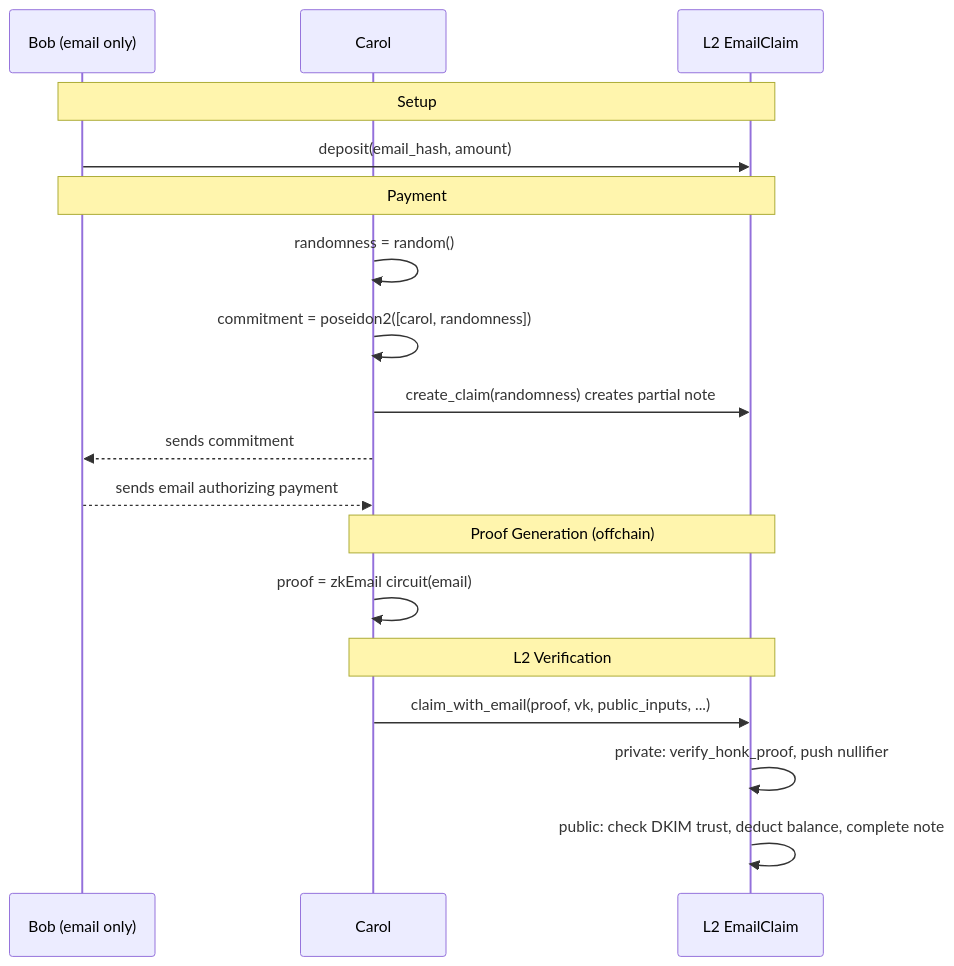
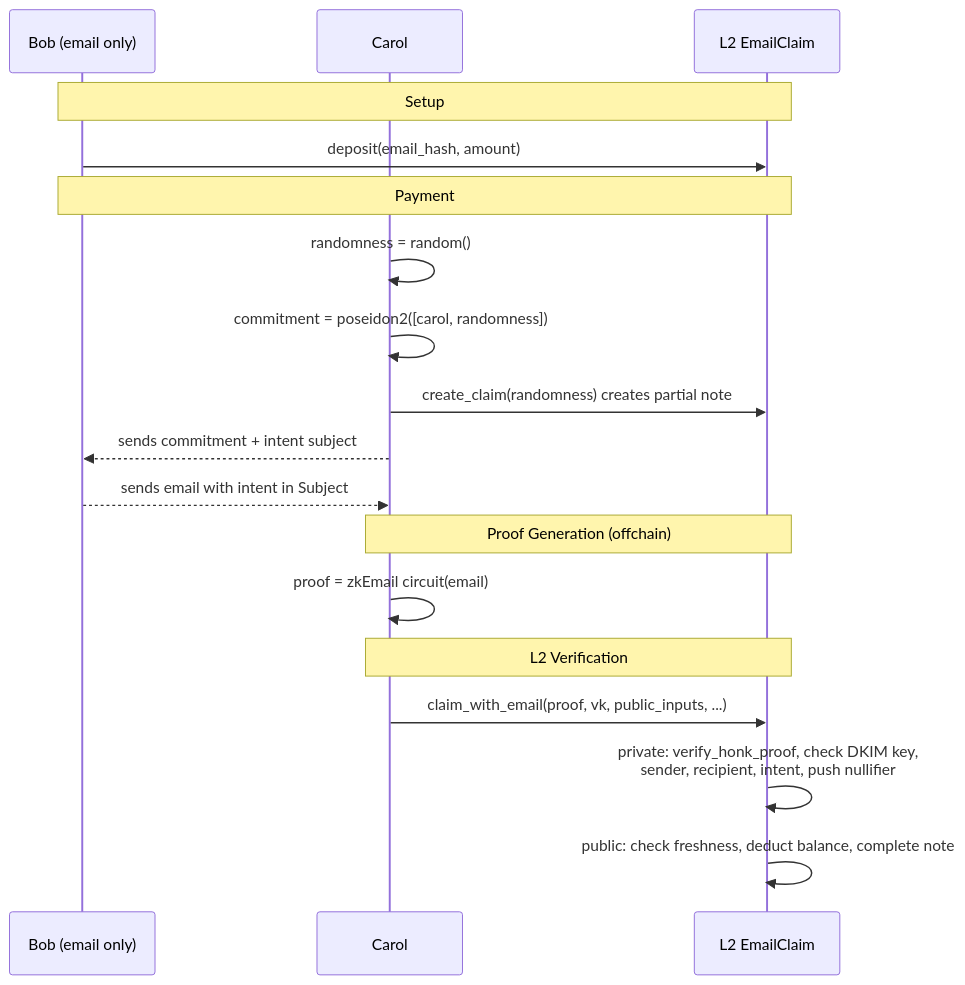
One commit to AztecProtocol/aztec-packages changed the second of 2 diagrams in docs/docs-developers/docs/tutorials/contract_tutorials/offchain_transfer.md. Above: the diagram before and after it, drawn with Mermaid. The commit also changed other lines of this file and 3 other files, not shown here.

First line of the commit message:
feat: expand email verifier circuit and update tutorial for L2-only flow

````diff
--- a/docs/docs-developers/docs/tutorials/contract_tutorials/offchain_transfer.md
+++ b/docs/docs-developers/docs/tutorials/contract_tutorials/offchain_transfer.md
@@ -226,24 +226,24 @@
 ```mermaid
 sequenceDiagram
     participant Bob as Bob (email only)
     participant Carol
     participant L2 as L2 EmailClaim
 
     Note over Bob,L2: Setup
     Bob->>L2: deposit(email_hash, amount)
 
     Note over Bob,L2: Payment
     Carol->>Carol: randomness = random()
     Carol->>Carol: commitment = poseidon2([carol, randomness])
     Carol->>L2: create_claim(randomness) creates partial note
-    Carol-->>Bob: sends commitment
-    Bob-->>Carol: sends email authorizing payment
+    Carol-->>Bob: sends commitment + intent subject
+    Bob-->>Carol: sends email with intent in Subject
 
     Note over Carol,L2: Proof Generation (offchain)
     Carol->>Carol: proof = zkEmail circuit(email)
 
     Note over Carol,L2: L2 Verification
     Carol->>L2: claim_with_email(proof, vk, public_inputs, ...)
-    L2->>L2: private: verify_honk_proof, push nullifier
-    L2->>L2: public: check DKIM trust, deduct balance, complete note
+    L2->>L2: private: verify_honk_proof, check DKIM key,<br/>sender, recipient, intent, push nullifier
+    L2->>L2: public: check freshness, deduct balance, complete note
 ```
````
